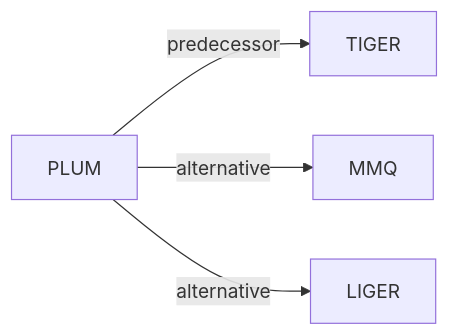
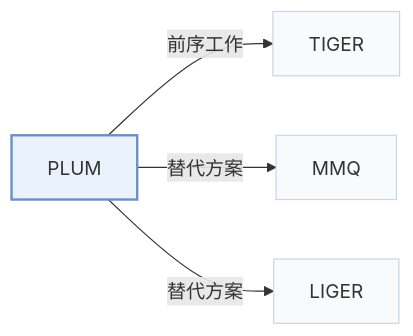
Before and after one commit to Galaxy-ghost/Awesome-SID-Generative-Rec: the second of 2 diagrams in pages/zh/papers/plum.md, drawn with Mermaid. The commit also changed other lines of this file and 649 other files, not shown here.

Commit message:
writer-05: also tags and modality index (schema, check, build, visuals); summary field removed; calibration data for 12 papers

````diff
--- a/pages/zh/papers/plum.md
+++ b/pages/zh/papers/plum.md
@@ -65,7 +72,11 @@
 ```mermaid
 flowchart LR
     P["PLUM"]
-    P -->|predecessor| A["TIGER"]
-    P -->|alternative| B["MMQ"]
-    P -->|alternative| C["LIGER"]
+    P -->|"前序工作"| A["TIGER"]
+    P -->|"替代方案"| B["MMQ"]
+    P -->|"替代方案"| C["LIGER"]
+    classDef main fill:#eaf2fb,stroke:#6b8fc7,stroke-width:2px
+    classDef peer fill:#f8fafc,stroke:#cbd5e1
+    class P main
+    class A,B,C peer
 ```
````
